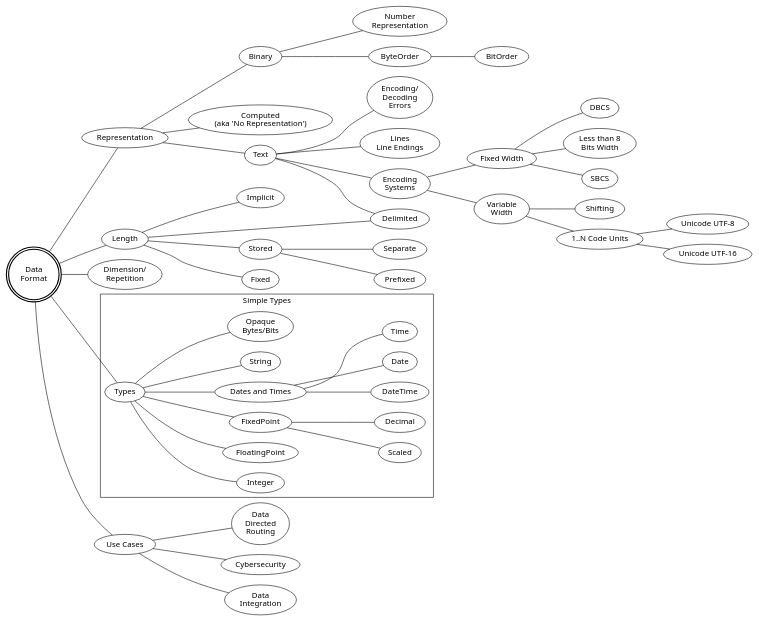
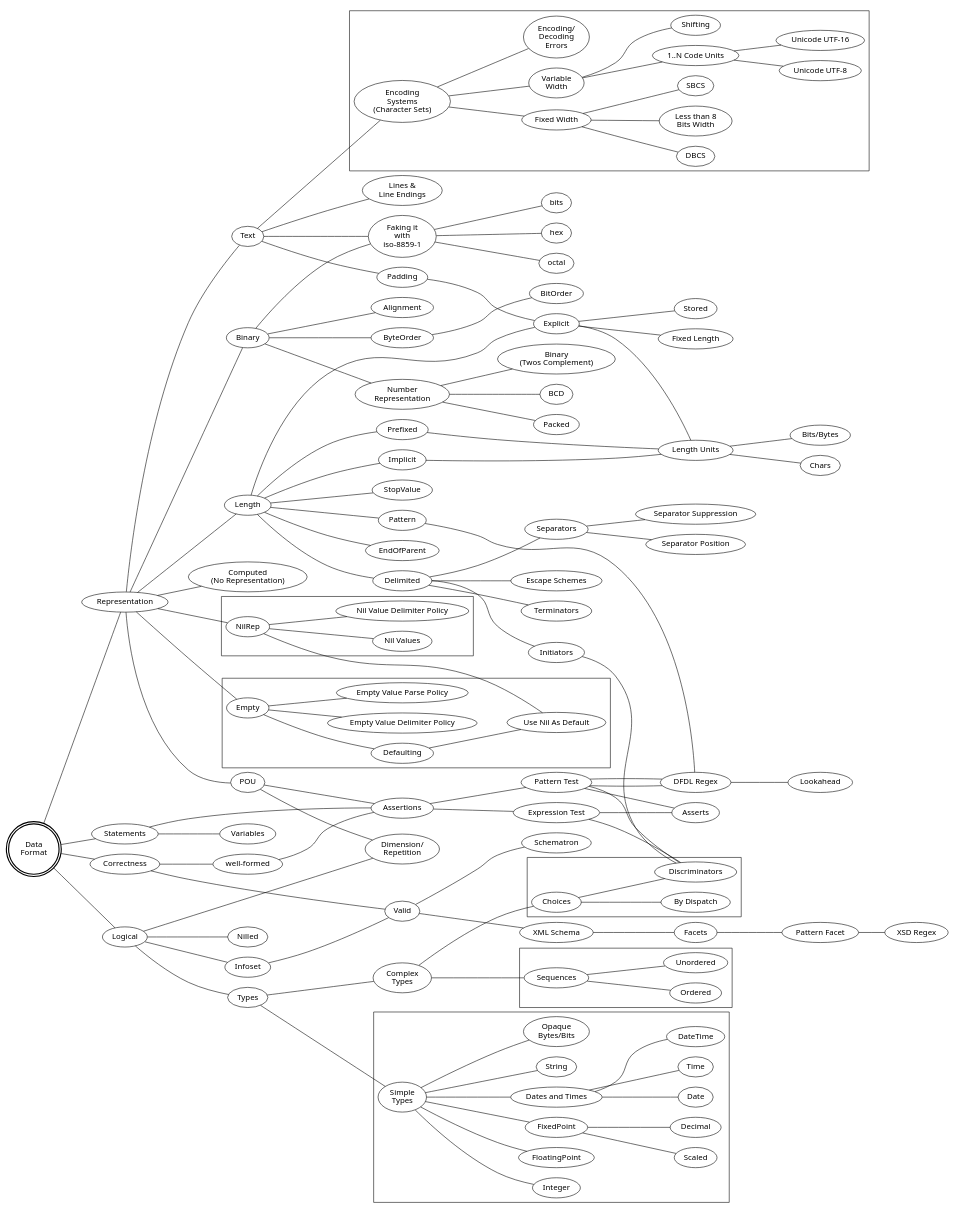
The first of 2 diagrams in site/dev/design-notes/data-format-outline.adoc (mbeckerle/daffodil-site), drawn with Graphviz before and after one commit. The commit also changed other lines of this file, not shown here.

Commit message:
start on outline

```diff
--- a/site/dev/design-notes/data-format-outline.adoc
+++ b/site/dev/design-notes/data-format-outline.adoc
@@ -27,57 +27,97 @@
 ....
 digraph dataFormat1 {
 // layout = twopi
-// size = "7.5,10"
+// size = "7.5, 7.5"
 center=1
 overlap=scale
 splines=true
 root="Data Format"
 rankdir=LR
-edge [dir=none]
+edge [dir=none, fontname="Noto Sans"]
 node [fontname="Noto Sans"]
 
 
 DF [label="Data\nFormat" style=bold shape=doublecircle ]
 
 DF -> Representation
-DF -> Length
-DF -> Dimension
-DF -> UC
-DF -> Types
+Representation -> Length
+DF -> Statements
+Statements -> Assertions
+Statements -> Variables
+DF -> Correctness
+Correctness -> WF
+WF[label="well-formed"]
+Correctness -> Valid -> XSD
+XSD[label="XML Schema"]
+Valid -> Schematron
+XSD -> Facets -> "Pattern Facet" -> "XSD Regex"
+DF -> Logical -> Infoset -> Valid
+Logical -> Types
+Logical -> Dimension
+Logical -> Nilled
+WF -> Assertions
+Representation -> NilRep
+Representation -> Empty
 
+subgraph clusterEmpty {
+Empty -> Defaulting
+Defaulting -> "Use Nil As Default"
+Empty -> "Empty Value Delimiter Policy"
+Empty -> "Empty Value Parse Policy"
+}
+
+subgraph clusterNilRep {
+NilRep
+NilRep -> "Nil Values"
+NilRep -> "Nil Value Delimiter Policy"
+NilRep -> "Use Nil As Default"
+}
 
 subgraph dimension {
 Dimension [ label="Dimension/\nRepetition" ]
 }
 
 subgraph length {
-Length -> Fixed, Implicit, Delimited, Stored
-Stored -> Prefixed, Separate
-
-}
-
-subgraph UseCases {
-UC [ label="Use Cases" ]
-UC -> "Data\nIntegration"
-UC -> "Data\nDirected\nRouting"
-UC -> "Cybersecurity"
+label="Length Kinds"
+fontname="Noto Sans"
+Length -> Explicit, Implicit, Delimited, EndOfParent, Prefixed, Pattern, StopValue
+Explicit -> "Fixed Length"
+Explicit -> Stored
+"Length Units" -> "Bits/Bytes", Chars
+Implicit -> "Length Units"
+Prefixed -> "Length Units"
+Explicit -> "Length Units"
+Pattern -> "DFDL Regex"
 }
 
 subgraph representation {
 Representation ->  Text, Binary, Computed
-Computed [label="Computed\n(aka 'No Representation')" ]
+Computed [label="Computed\n(No Representation)" ]
 }
+Representation -> POU
 
 subgraph text {
 Text
 Text -> Lines
-Lines [ label="Lines\nLine Endings" ]
+Lines [ label="Lines &\nLine Endings" ]
 Text -> EncodingSystems
-EncodingSystems [label="Encoding\nSystems"]
+
+Text -> Padding -> Explicit
+
+Delimited -> Initiators -> Discriminators
+Delimited -> Separators -> "Separator Position"
+Separators -> "Separator Suppression"
+Delimited -> Terminators
+Delimited -> "Escape Schemes"
+
+Text -> Fake
+}
+
+subgraph clusterEncodingSystems {
+EncodingSystems [label="Encoding\nSystems\n(Character Sets)"]
 EncodingSystems -> FixedWidth, Variable
-Text -> EncErrors
+EncodingSystems -> EncErrors
 EncErrors [ label="Encoding/\nDecoding\nErrors" ]
-Text -> Delimited
 
 FixedWidth [ label="Fixed Width" ]
 FixedWidth -> SBCS, DBCS
@@ -89,27 +129,62 @@
 Variable -> Shifting
 VCU -> "Unicode UTF-8"
 VCU -> "Unicode UTF-16"
-
-
 }
 
 subgraph binary {
 Binary [URL="#binary-data-formats"]
 Binary -> ByteOrder
 ByteOrder -> BitOrder
-Binary -> NumberRep
-NumberRep [ label="Number\nRepresentation" ]
+Binary -> BinNumberRep
+BinNumberRep [ label="Number\nRepresentation" ]
+BinNumberRep -> BinaryNR
+BinaryNR[label="Binary\n(Twos Complement)"]
+BinNumberRep -> Packed, BCD
+Binary -> Alignment
+Binary -> Fake
+Fake[label="Faking it\nwith\niso-8859-1"]
+Fake -> BitsEncoding, HexEncoding, OctalEncoding
+BitsEncoding[label="bits"]
+HexEncoding[label="hex"]
+OctalEncoding[label="octal"]
 }
 
+Types->SimpleTypes
+Types->ComplexTypes
+
+SimpleTypes[label="Simple\nTypes"]
+ComplexTypes[label="Complex\nTypes"]
+ComplexTypes -> Sequences
+ComplexTypes -> Choices
+
+subgraph clusterSequences {
+Sequences -> Ordered
+Sequences -> Unordered
+}
+
+POU -> Assertions
+POU -> Dimension
+Assertions -> "Pattern Test" -> Discriminators
+Assertions -> "Expression Test" -> Discriminators
+"Pattern Test" -> "DFDL Regex"
+"Pattern Test" -> Asserts
+"Expression Test" -> Asserts
+subgraph clusterChoices {
+Choices -> Discriminators
+Discriminators
+Choices -> "By Dispatch"
+}
+
+"Pattern Test" -> "DFDL Regex"
+"DFDL Regex" -> Lookahead
+
 subgraph clusterSimpleTypes {
-label="Simple Types"
-fontname="Noto Sans"
-Types -> Integer, FloatingPoint
-Types -> FixedPoint
+SimpleTypes -> Integer, FloatingPoint
+SimpleTypes -> FixedPoint
 FixedPoint -> Scaled, Decimal
-Types -> DT
-Types -> String
-Types -> Opaque
+SimpleTypes -> DT
+SimpleTypes -> String
+SimpleTypes -> Opaque
 Opaque [ label="Opaque\nBytes/Bits" ]
 DT [label="Dates and Times"
 URL="#dates-and-times"]
```
